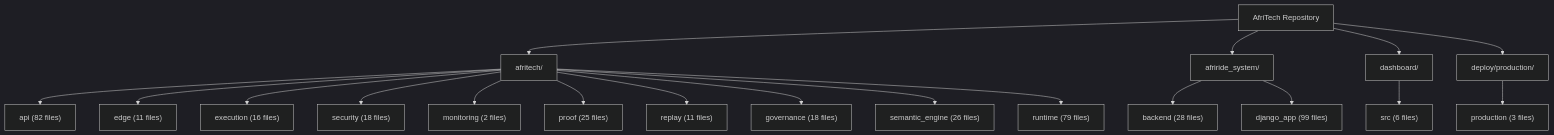
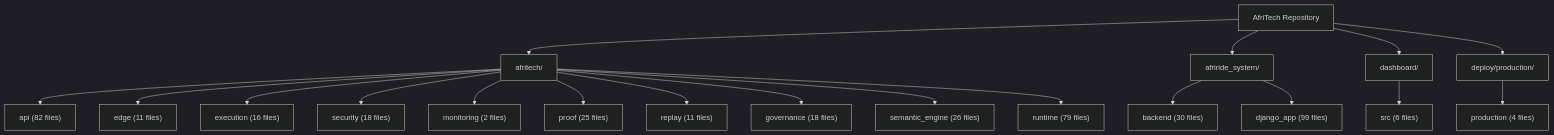
Before and after one commit to Strelly2023/afritelematics: the second of 2 diagrams in docs/architecture/AFRITECH_FULL_ARCHITECTURE_GRAPH.md, drawn with Mermaid (dark theme). The commit also changed other lines of this file and 221 other files, not shown here.

````diff
--- a/docs/architecture/AFRITECH_FULL_ARCHITECTURE_GRAPH.md
+++ b/docs/architecture/AFRITECH_FULL_ARCHITECTURE_GRAPH.md
@@ -64,23 +64,23 @@
 ```mermaid
 flowchart TD
     Root["AfriTech Repository"] --> Core["afritech/"]
     Root --> Ride["afriride_system/"]
     Root --> Ui["dashboard/"]
     Root --> Deploy["deploy/production/"]
 
     Core --> Api["api (82 files)"]
     Core --> Edge["edge (11 files)"]
     Core --> Execution["execution (16 files)"]
     Core --> Security["security (18 files)"]
     Core --> Monitoring["monitoring (2 files)"]
     Core --> Proof["proof (25 files)"]
     Core --> Replay["replay (11 files)"]
     Core --> Governance["governance (18 files)"]
     Core --> Semantic["semantic_engine (26 files)"]
     Core --> Runtime["runtime (79 files)"]
 
-    Ride --> Backend["backend (28 files)"]
+    Ride --> Backend["backend (30 files)"]
     Ride --> Django["django_app (99 files)"]
     Ui --> Dashboard["src (6 files)"]
-    Deploy --> Production["production (3 files)"]
+    Deploy --> Production["production (4 files)"]
 ```
````
